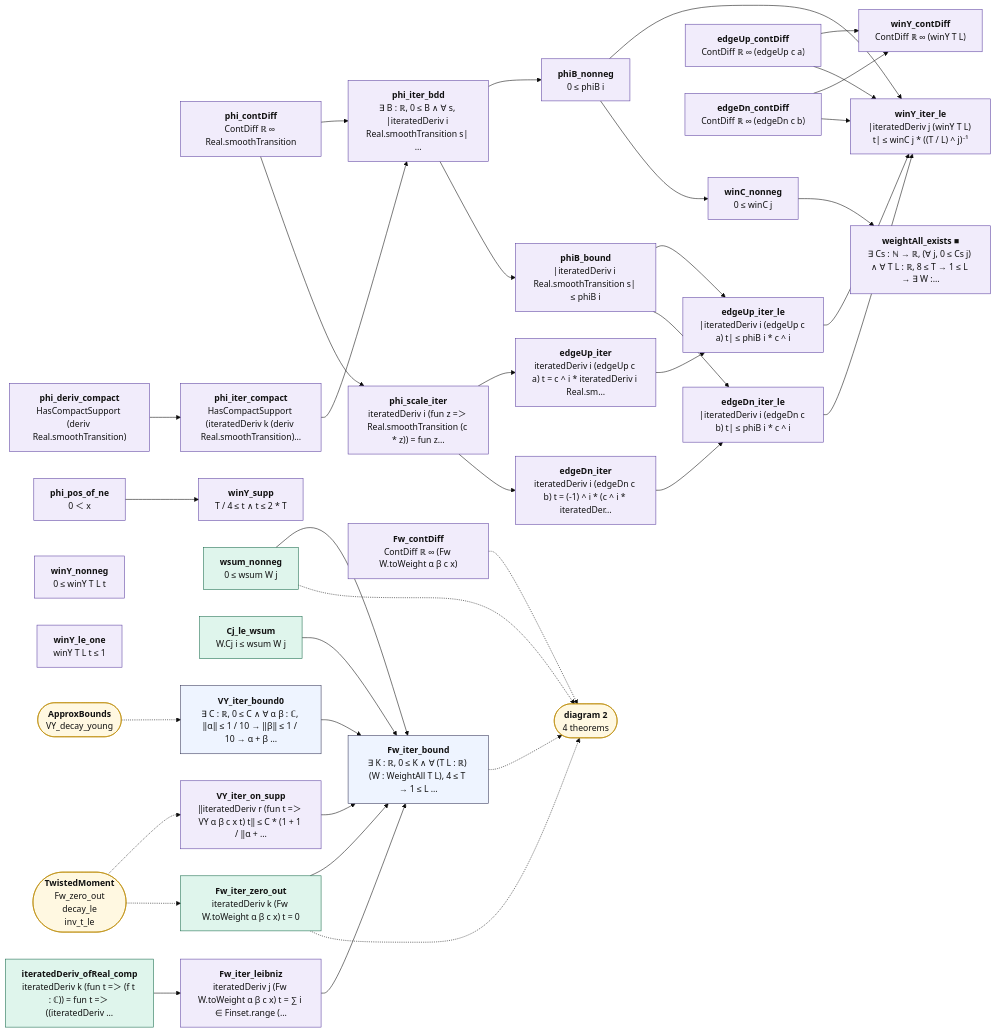
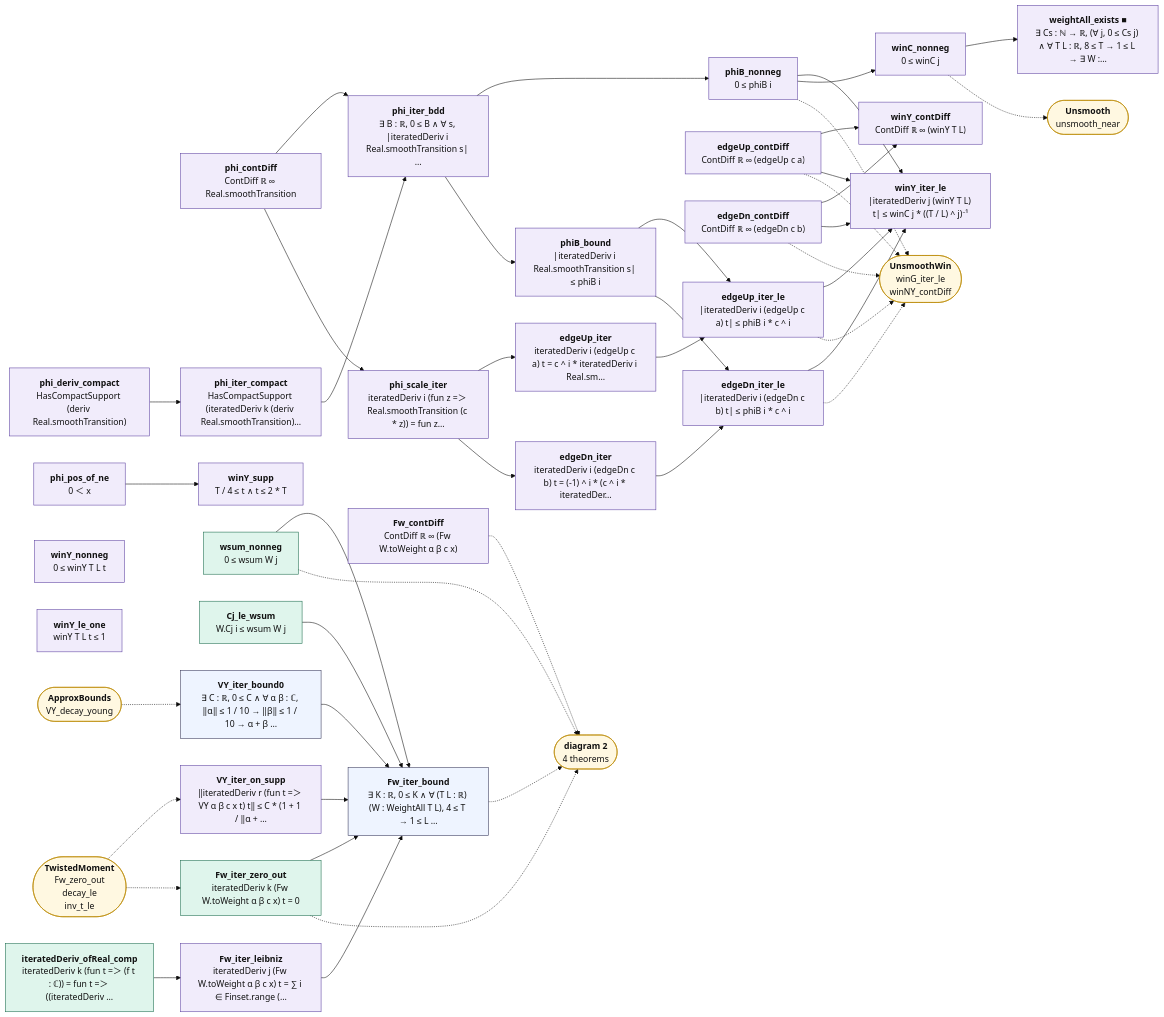
The first of 2 diagrams in map/lean_stage3/OffDiagClose.md (juliansambranojr/Primebeat_081426), drawn with Mermaid (base theme) before and after one commit. The commit also changed other lines of this file and 36 other files, not shown here.

```diff
--- a/map/lean_stage3/OffDiagClose.md
+++ b/map/lean_stage3/OffDiagClose.md
@@ -45,9 +45,11 @@
   n27["<b>Fw_iter_zero_out</b><br/>iteratedDeriv k (Fw W.toWeight α β c x) t = 0"]:::cnt
   n28["<b>Fw_iter_leibniz</b><br/>iteratedDeriv j (Fw W.toWeight α β c x) t = ∑ i ∈ Finset.range (…"]:::shp
   n29["<b>Fw_iter_bound</b><br/>∃ K : ℝ, 0 ≤ K ∧ ∀ (T L : ℝ) (W : WeightAll T L), 4 ≤ T → 1 ≤ L …"]:::thm
-  x0(["<b>diagram 2</b><br/>4 theorems"]):::ext
-  x1(["<b>ApproxBounds</b><br/>VY_decay_young"]):::ext
-  x2(["<b>TwistedMoment</b><br/>Fw_zero_out<br/>decay_le<br/>inv_t_le"]):::ext
+  x0(["<b>UnsmoothWin</b><br/>winG_iter_le<br/>winNY_contDiff"]):::ext
+  x1(["<b>Unsmooth</b><br/>unsmooth_near"]):::ext
+  x2(["<b>diagram 2</b><br/>4 theorems"]):::ext
+  x3(["<b>ApproxBounds</b><br/>VY_decay_young"]):::ext
+  x4(["<b>TwistedMoment</b><br/>Fw_zero_out<br/>decay_le<br/>inv_t_le"]):::ext
   n0 --> n3
   n0 --> n9
   n1 --> n2
@@ -77,13 +79,19 @@
   n8 --> n15
   n9 --> n10
   n9 --> n11
-  n21 -.-> x0
-  n26 -.-> x0
-  n27 -.-> x0
-  n29 -.-> x0
-  x1 -.-> n24
-  x2 -.-> n25
-  x2 -.-> n27
+  n12 -.-> x0
+  n13 -.-> x0
+  n21 -.-> x2
+  n26 -.-> x2
+  n27 -.-> x2
+  n29 -.-> x2
+  n4 -.-> x0
+  n6 -.-> x1
+  n7 -.-> x0
+  n8 -.-> x0
+  x3 -.-> n24
+  x4 -.-> n25
+  x4 -.-> n27
   classDef cnt fill:#dff5ec,stroke:#17694a,color:#111
   classDef shp fill:#f1ecfb,stroke:#5b3fa0,color:#111
   classDef rh fill:#ffe5e5,stroke:#c22,color:#111,stroke-width:2px
```
